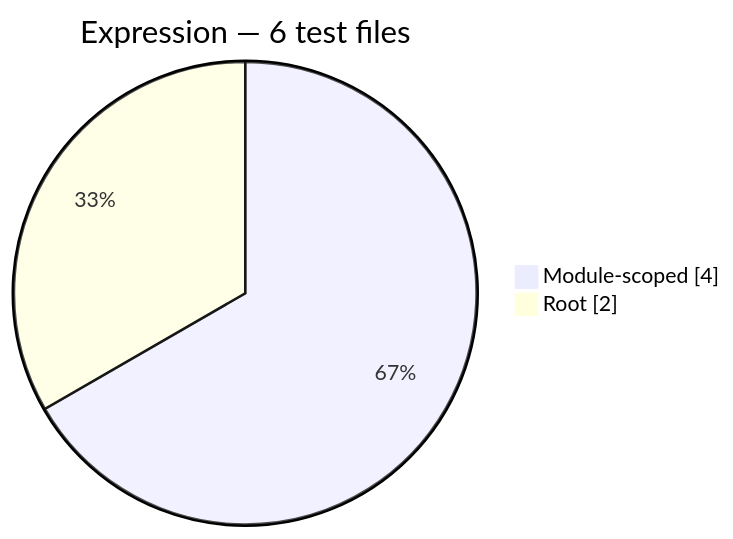
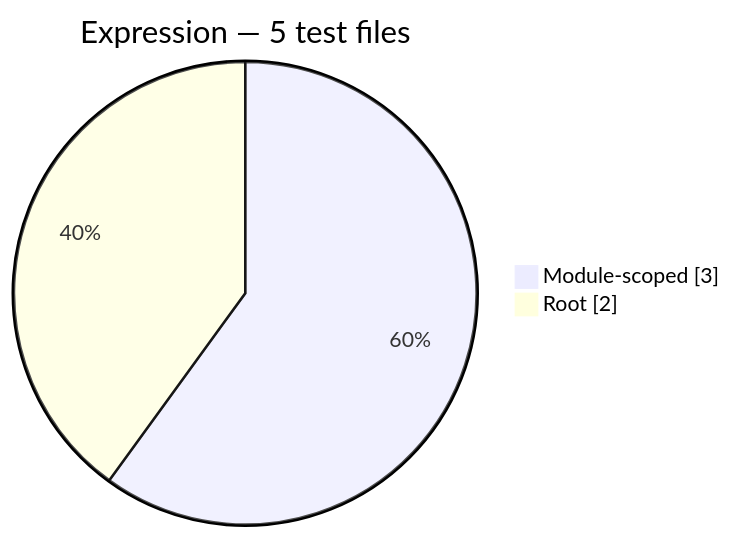
One commit to Mohammed-Alama/php-arazzo changed the second of 8 diagrams in docs/generated/test-composition.md. Above: the diagram before and after it, drawn with Mermaid. The commit also changed other lines of this file and 130 other files, not shown here.

````diff
--- a/docs/generated/test-composition.md
+++ b/docs/generated/test-composition.md
@@ -28,6 +28,6 @@
 ```mermaid
 pie showData
-    title Expression — 6 test files
-    "Module-scoped": 4
+    title Expression — 5 test files
+    "Module-scoped": 3
     "Root": 2
 ```
````
